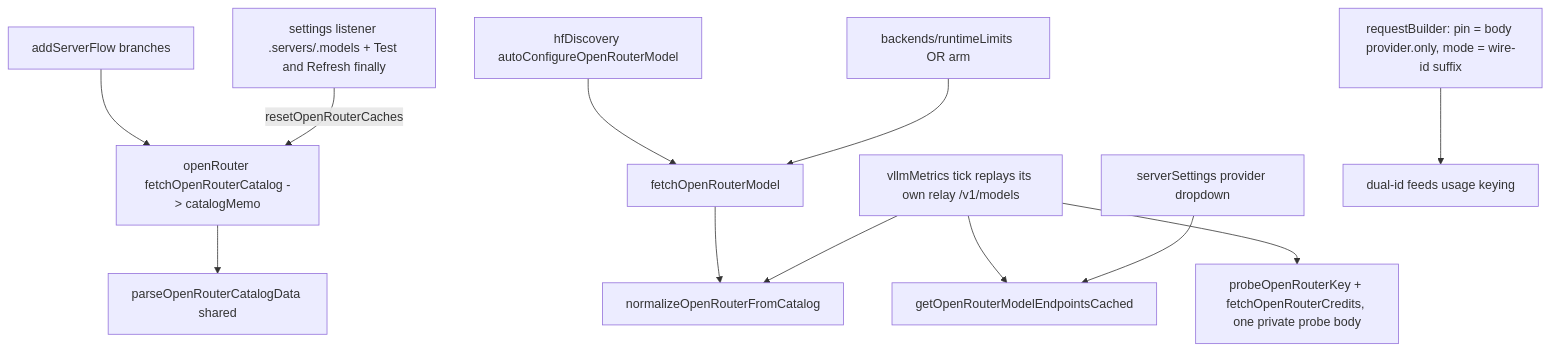
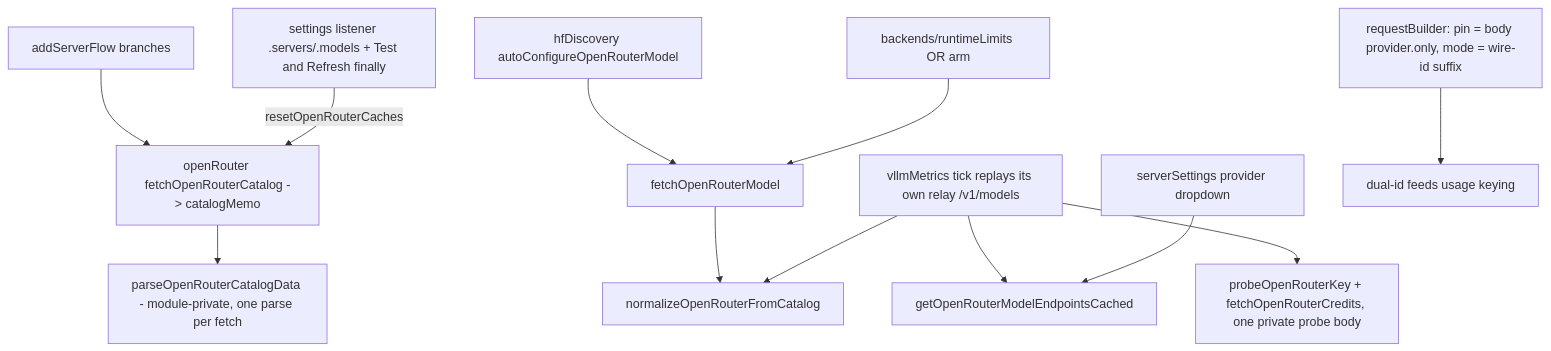
One commit to fuzzifikation/vLLM-Copilot changed diagram 15 of 18 in docs/complexity-audit.md. Above: the diagram before and after it, drawn with Mermaid. The commit also changed other lines of this file and 8 other files, not shown here.

````diff
--- a/docs/complexity-audit.md
+++ b/docs/complexity-audit.md
@@ -566,14 +566,14 @@
 ```mermaid
 flowchart TD
     ASF[addServerFlow branches] --> CAT[openRouter fetchOpenRouterCatalog -> catalogMemo]
     HFD[hfDiscovery autoConfigureOpenRouterModel] --> FOM[fetchOpenRouterModel]
     RT[backends/runtimeLimits OR arm] --> FOM
     FOM --> NOR[normalizeOpenRouterFromCatalog]
-    CAT --> PARSE[parseOpenRouterCatalogData shared]
+    CAT --> PARSE[parseOpenRouterCatalogData - module-private, one parse per fetch]
     TICK[vllmMetrics tick replays its own relay /v1/models] --> NOR
     TICK --> EP[getOpenRouterModelEndpointsCached]
     SSV[serverSettings provider dropdown] --> EP
     TICK --> ACC[probeOpenRouterKey + fetchOpenRouterCredits, one private probe body]
     RB[requestBuilder: pin = body provider.only, mode = wire-id suffix] --> DUAL[dual-id feeds usage keying]
     EXT[settings listener .servers/.models + Test and Refresh finally] -->|resetOpenRouterCaches| CAT
 ```
````
